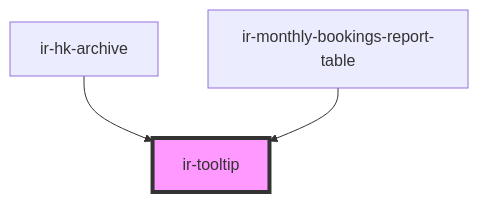
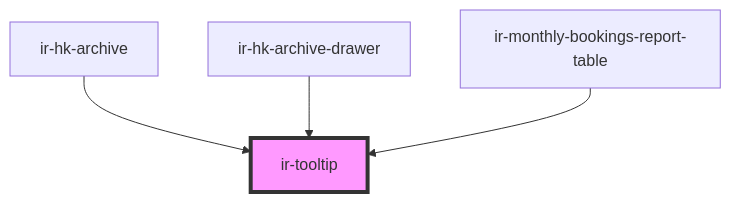
The diagram in src/components/ui/ir-tooltip/readme.md (RonyRizk/ir-webcmp), drawn with Mermaid before and after one commit. The commit also changed other lines of this file and 508 other files, not shown here.

````diff
--- a/src/components/ui/ir-tooltip/readme.md
+++ b/src/components/ui/ir-tooltip/readme.md
@@ -28,6 +29,7 @@
 ```mermaid
 graph TD;
   ir-hk-archive --> ir-tooltip
+  ir-hk-archive-drawer --> ir-tooltip
   ir-monthly-bookings-report-table --> ir-tooltip
   style ir-tooltip fill:#f9f,stroke:#333,stroke-width:4px
 ```
````
